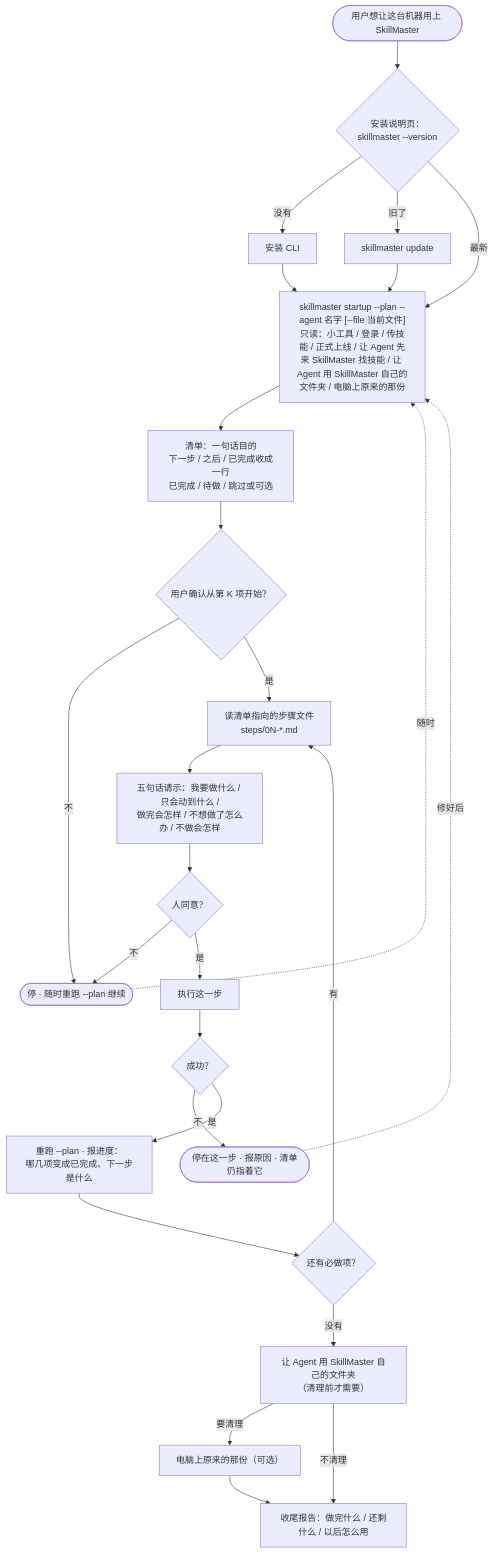
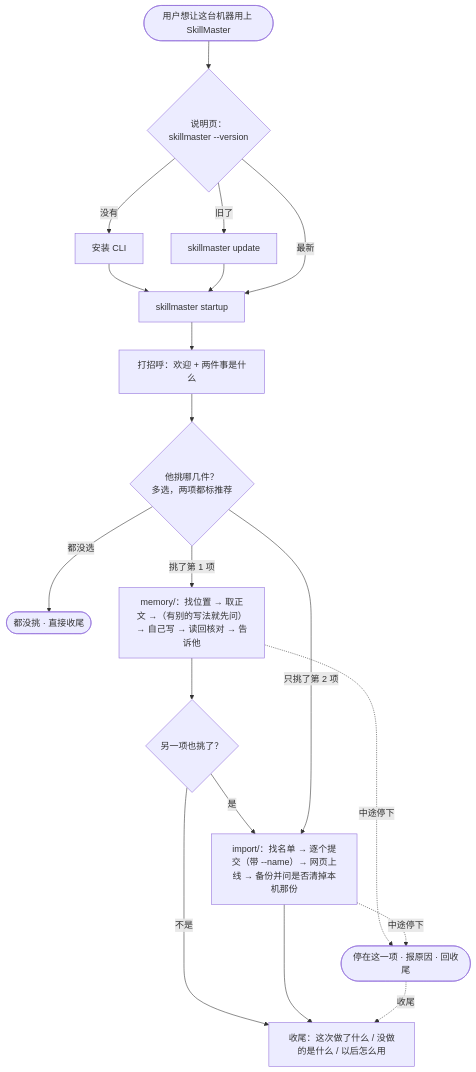
Before and after one commit to lijinzhao86/skillmaster: the diagram in docs/versions/v26-startup-guidance-and-agent-paths/prd.md, drawn with Mermaid. The commit also changed other lines of this file and 55 other files, not shown here.

````diff
--- a/docs/versions/v26-startup-guidance-and-agent-paths/prd.md
+++ b/docs/versions/v26-startup-guidance-and-agent-paths/prd.md
@@ -52,46 +54,34 @@
 ```mermaid
 flowchart TD
     start(["用户想让这台机器用上 SkillMaster"])
-    preflight{"安装说明页：<br/>skillmaster --version"}
+    preflight{"说明页：<br/>skillmaster --version"}
     install["安装 CLI"]
     update["skillmaster update"]
-    plan["skillmaster startup --plan --agent 名字 [--file 当前文件]<br/>只读：小工具 / 登录 / 传技能 / 正式上线 / 让 Agent 先来 SkillMaster 找技能 / 让 Agent 用 SkillMaster 自己的文件夹 / 电脑上原来的那份"]
-    checklist["清单：一句话目的<br/>下一步 / 之后 / 已完成收成一行<br/>已完成 / 待做 / 跳过或可选"]
-    confirm{"用户确认从第 K 项开始？"}
-    stop(["停 · 随时重跑 --plan 继续"])
-    step["读清单指向的步骤文件<br/>steps/0N-*.md"]
-    ask["五句话请示：我要做什么 / 只会动到什么 /<br/>做完会怎样 / 不想做了怎么办 / 不做会怎样"]
-    yes{"人同意？"}
-    do["执行这一步"]
-    ok{"成功？"}
-    fail(["停在这一步 · 报原因 · 清单仍指着它"])
-    replan["重跑 --plan · 报进度：<br/>哪几项变成已完成、下一步是什么"]
-    more{"还有必做项？"}
-    done["收尾报告：做完什么 / 还剩什么 / 以后怎么用"]
-    permission["让 Agent 用 SkillMaster 自己的文件夹<br/>（清理前才需要）"]
-    retire["电脑上原来的那份（可选）"]
+    startup["skillmaster startup"]
+    welcome["打招呼：欢迎 + 两件事是什么"]
+    pick{"他挑哪几件？<br/>多选，两项都标推荐"}
+    none(["都没挑 · 直接收尾"])
+    memory["memory/：找位置 → 取正文 →（有别的写法就先问）→ 自己写 → 读回核对 → 告诉他"]
+    import["import/：找名单 → 逐个提交（带 --name）→ 网页上线 → 备份并问是否清掉本机那份"]
+    more{"另一项也挑了？"}
+    fail(["停在这一项 · 报原因 · 回收尾"])
+    done["收尾：这次做了什么 / 没做的是什么 / 以后怎么用"]
 
     start --> preflight
     preflight -->|没有| install
-    install --> plan
+    install --> startup
     preflight -->|旧了| update
-    update --> plan
-    preflight -->|最新| plan
-    plan --> checklist --> confirm
-    confirm -->|不| stop
-    confirm -->|是| step
-    step --> ask --> yes
-    yes -->|不| stop
-    yes -->|是| do
-    do --> ok
-    ok -->|不| fail
-    ok -->|是| replan
-    replan --> more
-    more -->|有| step
-    more -->|没有| permission
-    permission -->|要清理| retire
-    permission -->|不清理| done
-    retire --> done
-    stop -. 随时 .-> plan
-    fail -. 修好后 .-> plan
+    update --> startup
+    preflight -->|最新| startup
+    startup --> welcome --> pick
+    pick -->|都没选| none
+    pick -->|挑了第 1 项| memory
+    memory --> more
+    more -->|是| import
+    more -->|不是| done
+    pick -->|只挑了第 2 项| import
+    import --> done
+    memory -. 中途停下 .-> fail
+    import -. 中途停下 .-> fail
+    fail -. 收尾 .-> done
 ```
````
